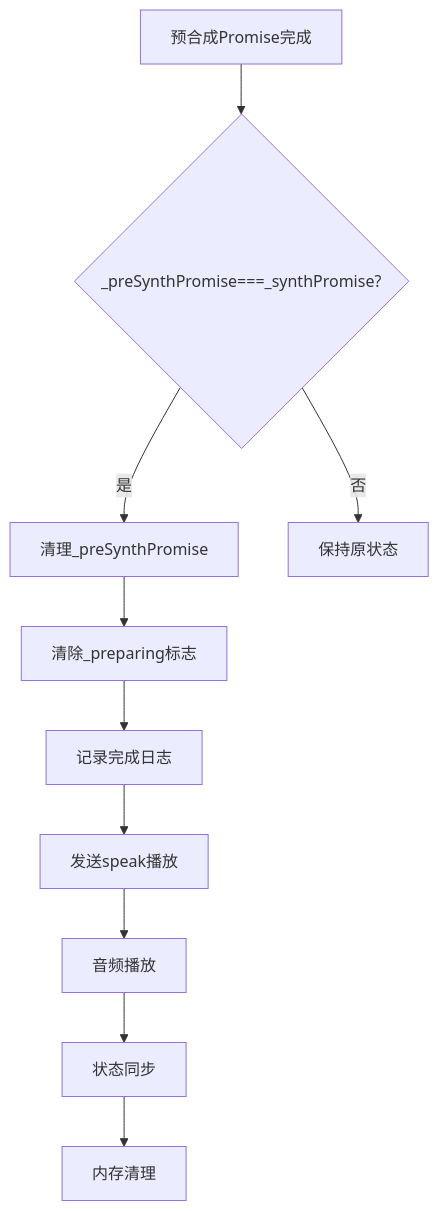
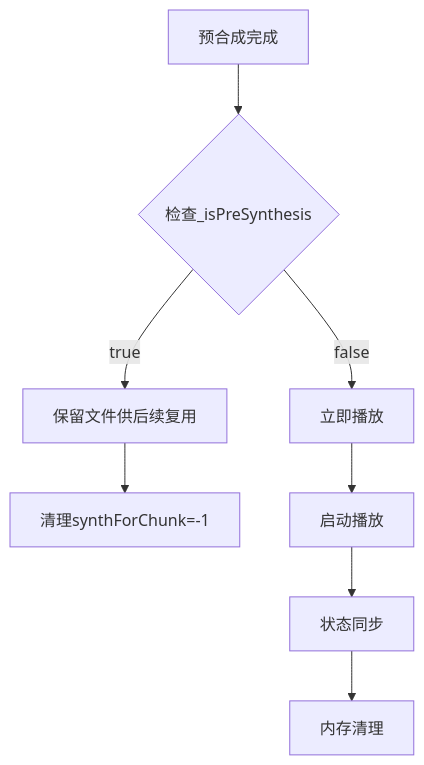
Before and after one commit to zhao-zg/cx: the ninth of 14 diagrams in .qoder/repowiki/zh/content/移动应用开发/TTS静态实例管理系统.md, drawn with Mermaid. The commit also changed other lines of this file and 32 other files, not shown here.

````diff
--- a/.qoder/repowiki/zh/content/移动应用开发/TTS静态实例管理系统.md
+++ b/.qoder/repowiki/zh/content/移动应用开发/TTS静态实例管理系统.md
@@ -386,12 +408,10 @@
 ```mermaid
 flowchart TD
-A[预合成Promise完成] --> B{_preSynthPromise===_synthPromise?}
-B --> |是| C[清理_preSynthPromise]
-B --> |否| D[保持原状态]
-C --> E[清除_preparing标志]
-E --> F[记录完成日志]
-F --> G[发送speak播放]
-G --> H[音频播放]
-H --> I[状态同步]
-I --> J[内存清理]
+A[预合成完成] --> B{检查_isPreSynthesis}
+B --> |true| C[保留文件供后续复用]
+B --> |false| D[立即播放]
+C --> E[清理synthForChunk=-1]
+D --> F[启动播放]
+F --> G[状态同步]
+G --> H[内存清理]
 ```
````
